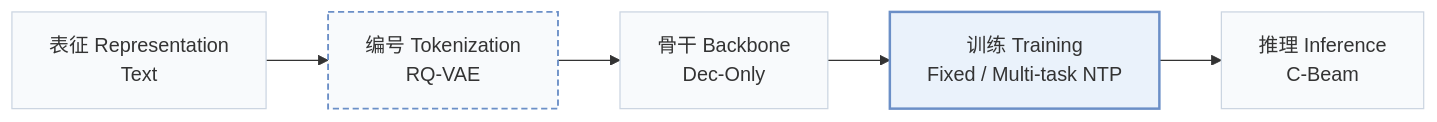
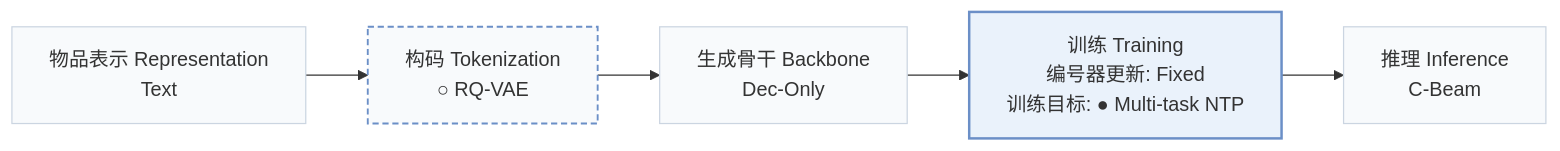
The first of 3 diagrams in pages/zh/papers/lc-rec.md (Galaxy-ghost/Awesome-SID-Generative-Rec), drawn with Mermaid before and after one commit. The commit also changed other lines of this file and 558 other files, not shown here.

````diff
--- a/pages/zh/papers/lc-rec.md
+++ b/pages/zh/papers/lc-rec.md
@@ -15,10 +18,10 @@
 ```mermaid
 flowchart LR
-    R["表征 Representation<br/>Text"] --> T["编号 Tokenization<br/>RQ-VAE"] --> B["骨干 Backbone<br/>Dec-Only"] --> TR["训练 Training<br/>Fixed / Multi-task NTP"] --> I["推理 Inference<br/>C-Beam"]
+    R["物品表示 Representation<br/>Text"] --> T["构码 Tokenization<br/>○ RQ-VAE"] --> B["生成骨干 Backbone<br/>Dec-Only"] --> TR["训练 Training<br/>编号器更新: Fixed<br/>训练目标: ● Multi-task NTP"] --> I["推理 Inference<br/>C-Beam"]
     classDef base fill:#f8fafc,stroke:#cbd5e1
     class R,T,B,TR,I base
-    classDef also fill:#f8fafc,stroke:#6b8fc7,stroke-width:1.5px,stroke-dasharray:5 3
-    class T also
+    classDef other fill:#f8fafc,stroke:#6b8fc7,stroke-width:1.5px,stroke-dasharray:5 3
+    class T other
     classDef main fill:#eaf2fb,stroke:#6b8fc7,stroke-width:2px
     class TR main
 ```
````
